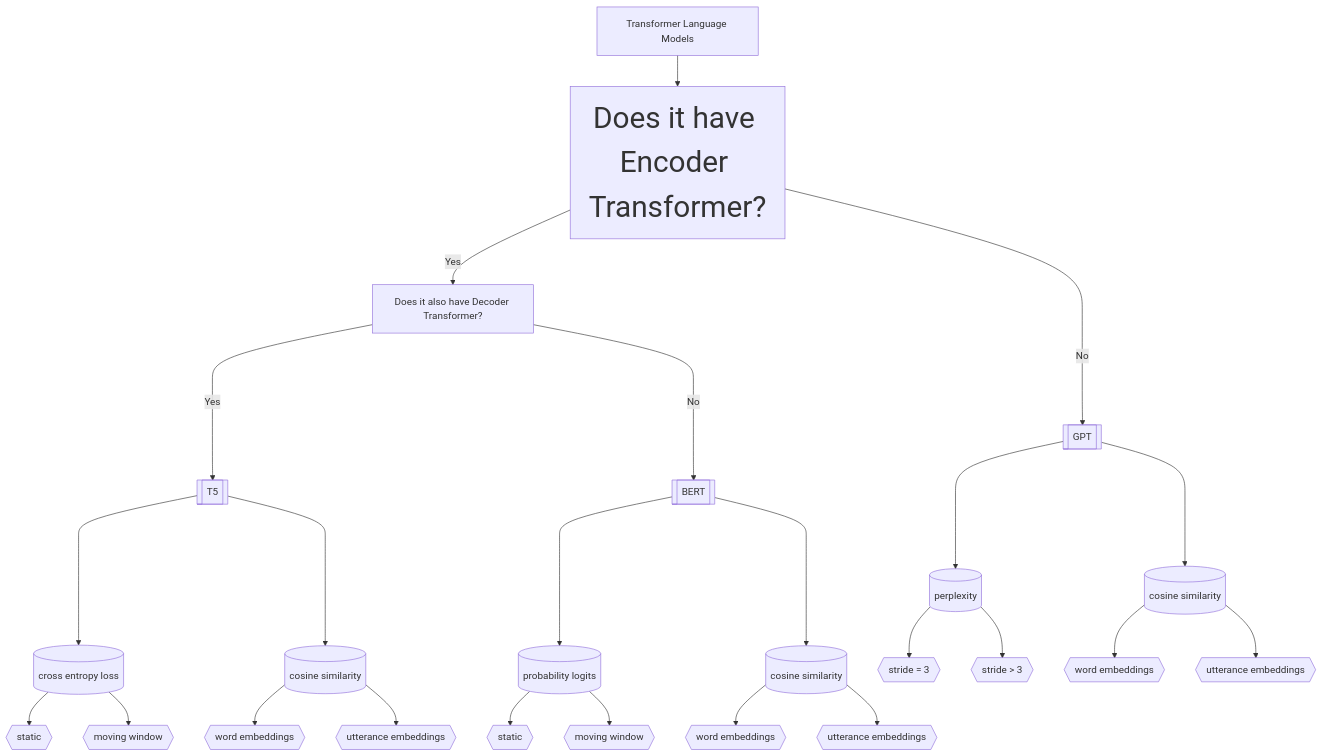
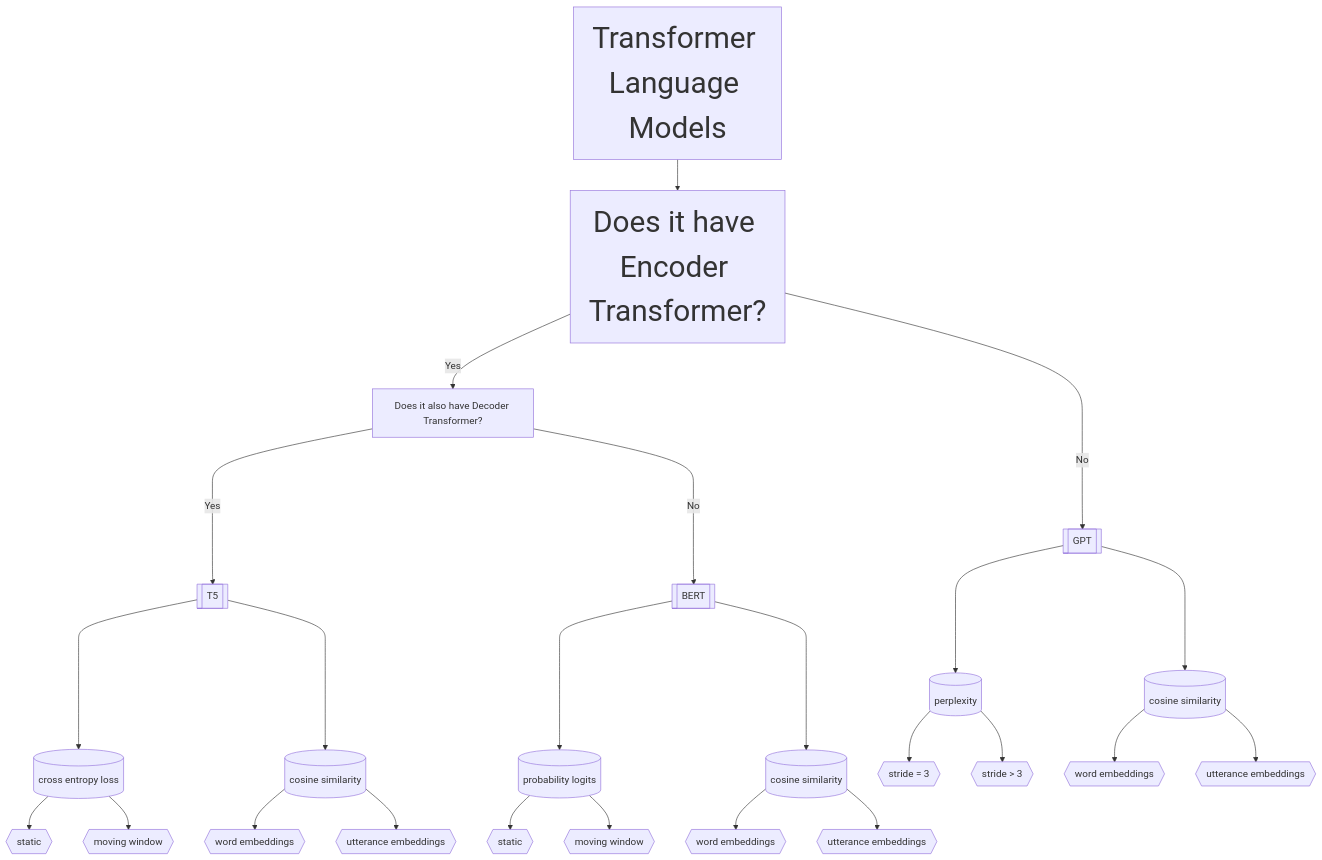
The diagram in README.md (yancong222/SSD-LM-STanglab), drawn with Mermaid before and after one commit.

````diff
--- a/README.md
+++ b/README.md
@@ -4,29 +4,29 @@
 ```mermaid
 flowchart TD
-    A[Transformer Language Models] --> B[<font size=24>Does it have Encoder Transformer?]
+    A[<font size=24>Transformer Language Models] --> B[<font size=24>Does it have Encoder Transformer?]
     B -- Yes --> C[Does it also have Decoder Transformer?]
     C -- Yes ----> D[[T5]] ----> G[(cross entropy loss)]
     G --> J{{static}}
     G --> K{{moving window}}
     D ----> P[(cosine similarity)]
     P --> Q{{word embeddings}}
     P --> R{{utterance embeddings}}
     C -- No ----> E[[BERT]] ----> H[(probability logits)]
     H --> L{{static}}
     H --> M{{moving window}}
     E ----> S[(cosine similarity)]
     S --> T{{word embeddings}}
     S --> U{{utterance embeddings}}
     B -- No ----> F[[GPT]] ----> I[(perplexity)]
     I --> N{{stride = 3}}
     I --> O{{stride > 3}}
     F ----> V[(cosine similarity)]
     V --> W{{word embeddings}}
     V --> X{{utterance embeddings}}
     click A "https://github.com/yancong222/scriptscz/blob/main/perplexity/ed_perplexity.py" _blank
     click B "http://www.github.com" "Open this in a new tab" _blank
     click C href "http://www.github.com" _blank
     click D href "http://www.github.com" "Open this in a new tab" _blank
     
 classDef className fill:#f9f,stroke:#333,stroke-width:4px
 ```
````
